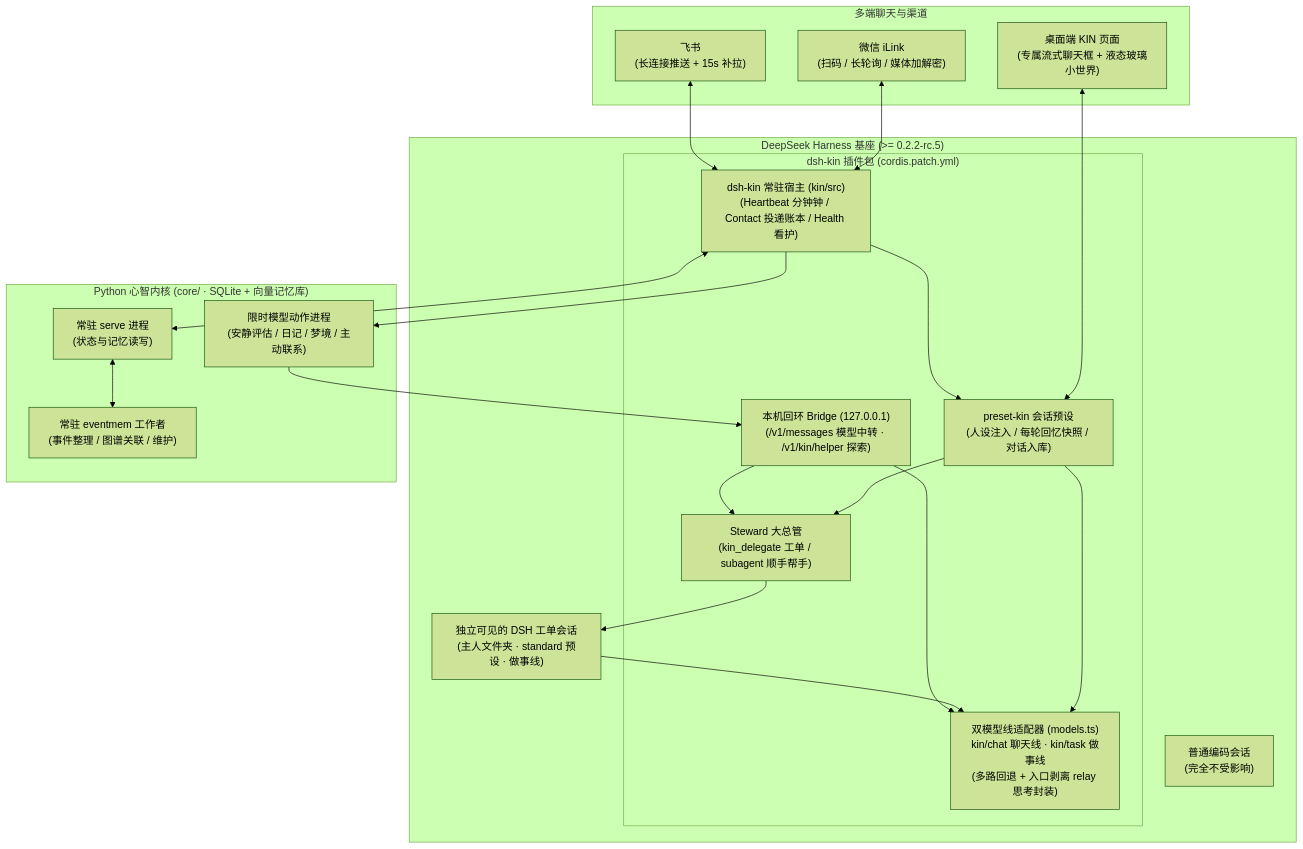
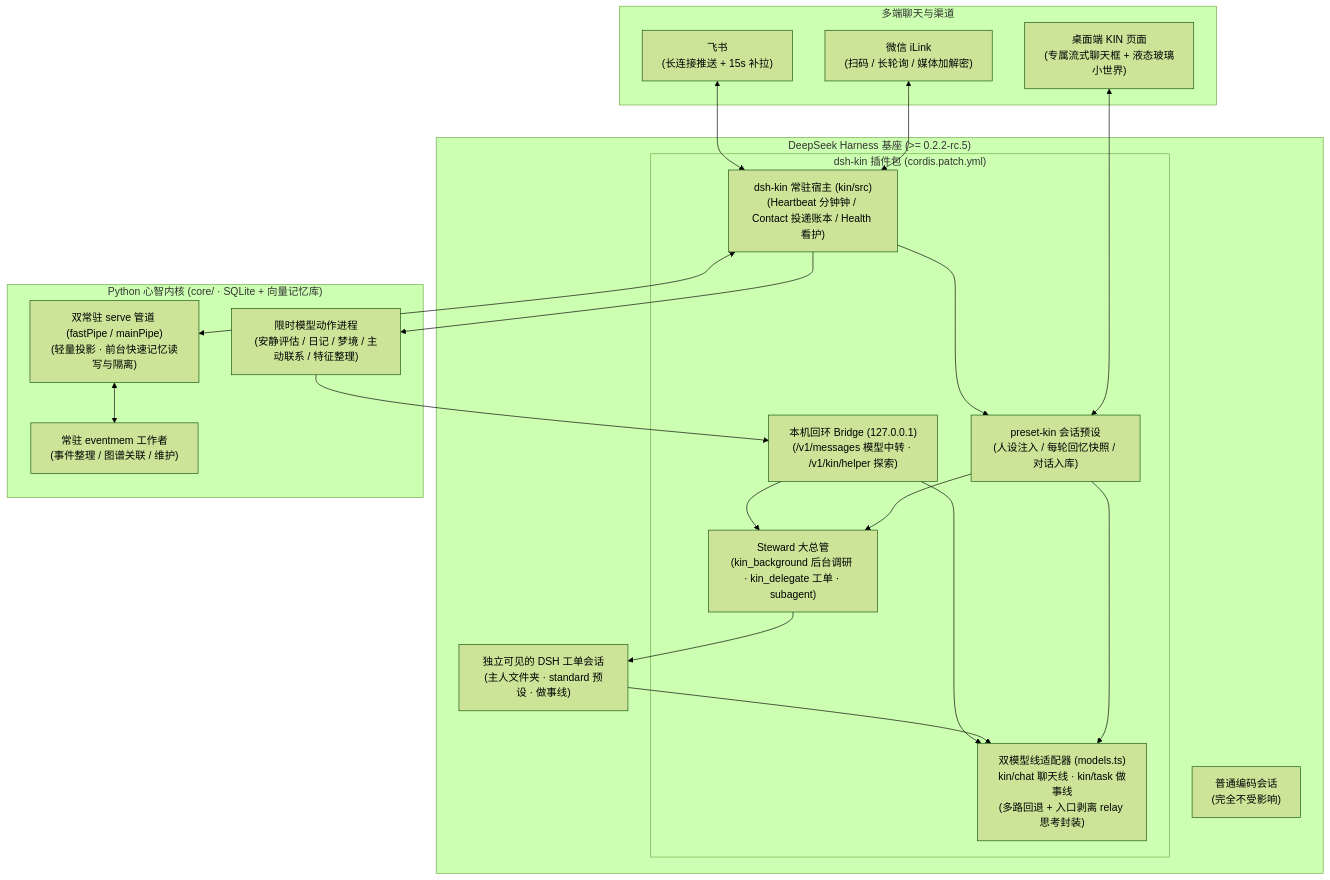
Before and after one commit to mycyg/kin-mind: the diagram in README.md, drawn with Mermaid (forest theme). The commit also changed other lines of this file and 10 other files, not shown here.

````diff
--- a/README.md
+++ b/README.md
@@ -104,41 +105,41 @@
 ```mermaid
 flowchart TB
   subgraph Channels["多端聊天与渠道"]
     UI["桌面端 KIN 页面<br/>(专属流式聊天框 + 液态玻璃小世界)"]
     WX["微信 iLink<br/>(扫码 / 长轮询 / 媒体加解密)"]
     FS["飞书<br/>(长连接推送 + 15s 补拉)"]
   end
 
   subgraph DSH["DeepSeek Harness 基座 (>= 0.2.2-rc.5)"]
     subgraph Plugin["dsh-kin 插件包 (cordis.patch.yml)"]
       Preset["preset-kin 会话预设<br/>(人设注入 / 每轮回忆快照 / 对话入库)"]
       Host["dsh-kin 常驻宿主 (kin/src)<br/>(Heartbeat 分钟钟 / Contact 投递账本 / Health 看护)"]
-      Steward["Steward 大总管<br/>(kin_delegate 工单 / subagent 顺手帮手)"]
+      Steward["Steward 大总管<br/>(kin_background 后台调研 · kin_delegate 工单 · subagent)"]
       Lanes["双模型线适配器 (models.ts)<br/>kin/chat 聊天线 · kin/task 做事线<br/>(多路回退 + 入口剥离 relay 思考封装)"]
       Bridge["本机回环 Bridge (127.0.0.1)<br/>(/v1/messages 模型中转 · /v1/kin/helper 探索)"]
     end
     Worker["独立可见的 DSH 工单会话<br/>(主人文件夹 · standard 预设 · 做事线)"]
     Coding["普通编码会话<br/>(完全不受影响)"]
   end
 
   subgraph Core["Python 心智内核 (core/ · SQLite + 向量记忆库)"]
-    Serve["常驻 serve 进程<br/>(状态与记忆读写)"]
-    Action["限时模型动作进程<br/>(安静评估 / 日记 / 梦境 / 主动联系)"]
+    Serve["双常驻 serve 管道 (fastPipe / mainPipe)<br/>(轻量投影 · 前台快速记忆读写与隔离)"]
+    Action["限时模型动作进程<br/>(安静评估 / 日记 / 梦境 / 主动联系 / 特征整理)"]
     EventMem["常驻 eventmem 工作者<br/>(事件整理 / 图谱关联 / 维护)"]
   end
 
   UI <--> Preset
   WX <--> Host
   FS <--> Host
   Host --> Preset
   Preset --> Lanes
   Preset --> Steward
   Steward --> Worker
   Worker --> Lanes
   Host <--> Serve
   Host --> Action
   Action --> Bridge
   Bridge --> Lanes
   Bridge --> Steward
   Serve <--> EventMem
 ```
````
